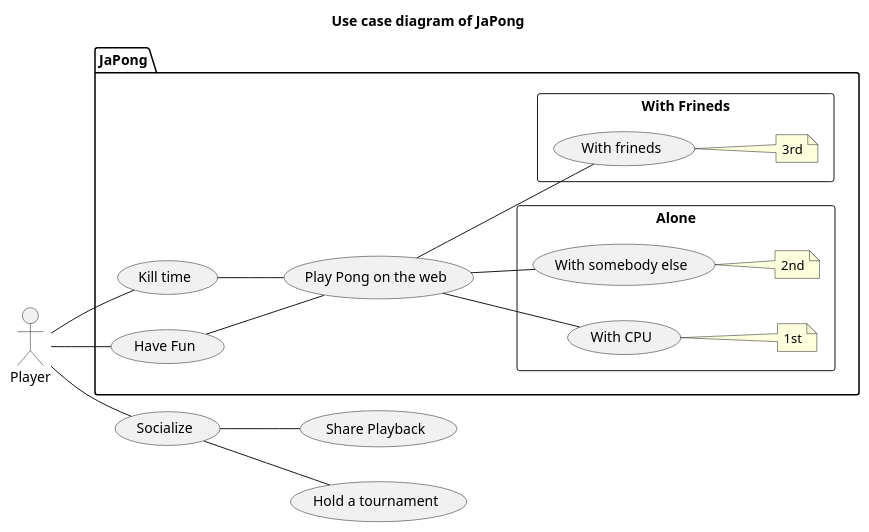
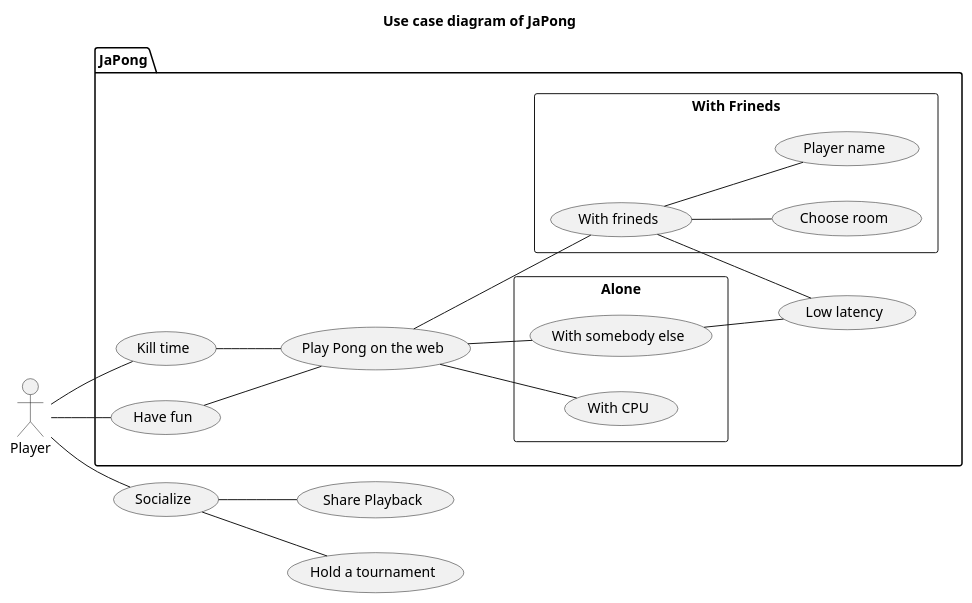
One commit to uztbt/japong-design changed the diagram in uml/usecase.plantuml. Above: the diagram before and after it, drawn with PlantUML. The commit also changed 5 other files, not shown here.

Commit message:
Update the use case and component diagrams.

```diff
--- a/uml/usecase.plantuml
+++ b/uml/usecase.plantuml
@@ -1,40 +1,44 @@
 @startuml
 
 title "Use case diagram of JaPong"
 
 left to right direction
 actor Player
 
 usecase Socialize
 usecase "Share Playback" as LiveStream
 usecase "Hold a tournament" as Tournament
 
 Player -- Socialize
 Socialize -- LiveStream
 Socialize -- Tournament
 
 package "JaPong" {
     usecase "Kill time" as KillTime
-    usecase "Have Fun" as Fun
+    usecase "Have fun" as Fun
     usecase "Play Pong on the web" as Pong
     
     Player -- KillTime
     Player -- Fun
     KillTime -- Pong
     Fun -- Pong
     rectangle Alone {
         usecase "With somebody else" as RandomMatch
-        note right of RandomMatch : 2nd
         usecase "With CPU" as CPU
-        note right of CPU : 1st
         Pong -- RandomMatch
         Pong -- CPU
     }
     rectangle "With Frineds" {
         usecase "With frineds" as WithFriends
-        note right of WithFriends : 3rd
         Pong -- WithFriends
+        usecase "Choose room" as ChooseRoom
+        WithFriends -- ChooseRoom
+        usecase "Player name" as PlayerName
+        WithFriends -- PlayerName
     }
+    usecase "Low latency" as LowLatency
+    WithFriends -- LowLatency
+    RandomMatch -- LowLatency
 }
 
 @enduml
```
